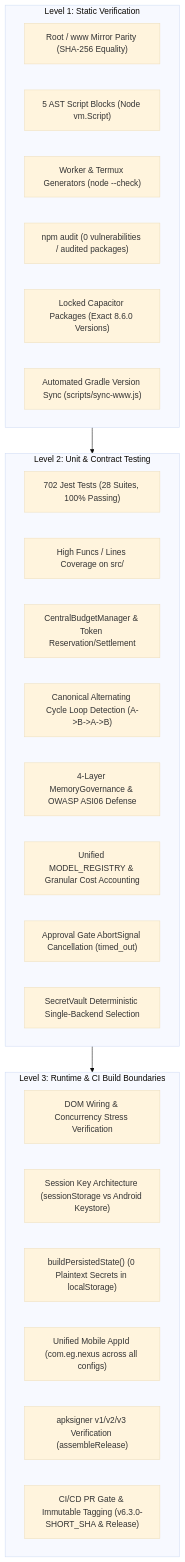
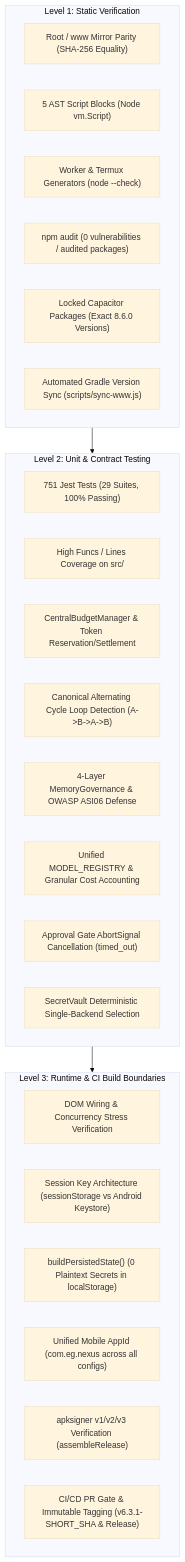
One commit to dicardotr46-max/EG-Nexus-OS changed the first of 2 diagrams in AUDIT_REPORT.md. Above: the diagram before and after it, drawn with Mermaid (base theme). The commit also changed other lines of this file and 30 other files, not shown here.

````diff
--- a/AUDIT_REPORT.md
+++ b/AUDIT_REPORT.md
@@ -21,34 +21,34 @@
 ```mermaid
 flowchart TD
     subgraph LEVEL_1["Level 1: Static Verification"]
         PARITY["Root / www Mirror Parity (SHA-256 Equality)"]
         AST["5 AST Script Blocks (Node vm.Script)"]
         TMPL["Worker & Termux Generators (node --check)"]
         NPM["npm audit (0 vulnerabilities / audited packages)"]
         PINS["Locked Capacitor Packages (Exact 8.6.0 Versions)"]
         GRADLE_SYNC["Automated Gradle Version Sync (scripts/sync-www.js)"]
     end
 
     subgraph LEVEL_2["Level 2: Unit & Contract Testing"]
-        JEST["702 Jest Tests (28 Suites, 100% Passing)"]
+        JEST["751 Jest Tests (29 Suites, 100% Passing)"]
         COV["High Funcs / Lines Coverage on src/"]
         TOKEN_BUDGET["CentralBudgetManager & Token Reservation/Settlement"]
         LOOP_DET["Canonical Alternating Cycle Loop Detection (A->B->A->B)"]
         MEM_GOV["4-Layer MemoryGovernance & OWASP ASI06 Defense"]
         MODEL_REG["Unified MODEL_REGISTRY & Granular Cost Accounting"]
         TIMEOUT_ABORT["Approval Gate AbortSignal Cancellation (timed_out)"]
         VAULT_UNIF["SecretVault Deterministic Single-Backend Selection"]
     end
 
     subgraph LEVEL_3["Level 3: Runtime & CI Build Boundaries"]
         DOM_WIRING["DOM Wiring & Concurrency Stress Verification"]
         SESSION["Session Key Architecture (sessionStorage vs Android Keystore)"]
         STRIP["buildPersistedState() (0 Plaintext Secrets in localStorage)"]
         APPID_PARITY["Unified Mobile AppId (com.eg.nexus across all configs)"]
         SIGN["apksigner v1/v2/v3 Verification (assembleRelease)"]
-        GATE["CI/CD PR Gate & Immutable Tagging (v6.3.0-SHORT_SHA & Release)"]
+        GATE["CI/CD PR Gate & Immutable Tagging (v6.3.1-SHORT_SHA & Release)"]
     end
 
     LEVEL_1 --> LEVEL_2
     LEVEL_2 --> LEVEL_3
 ```
````
